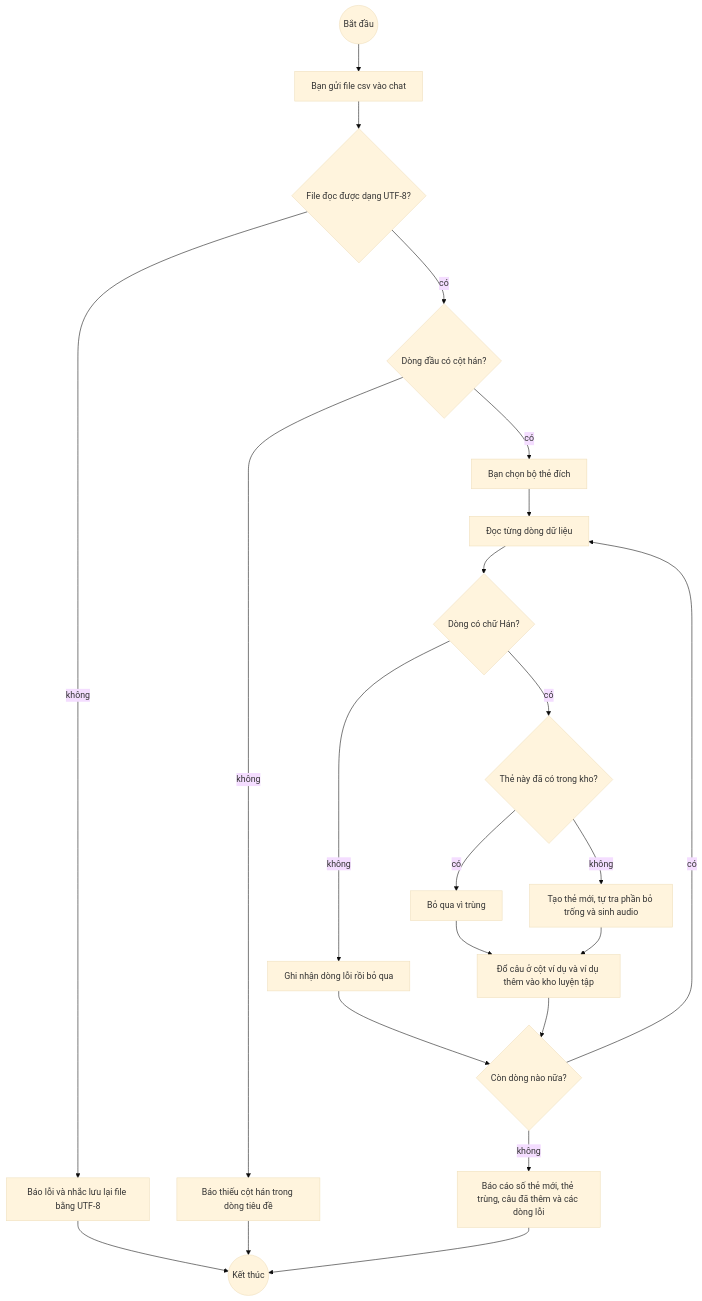
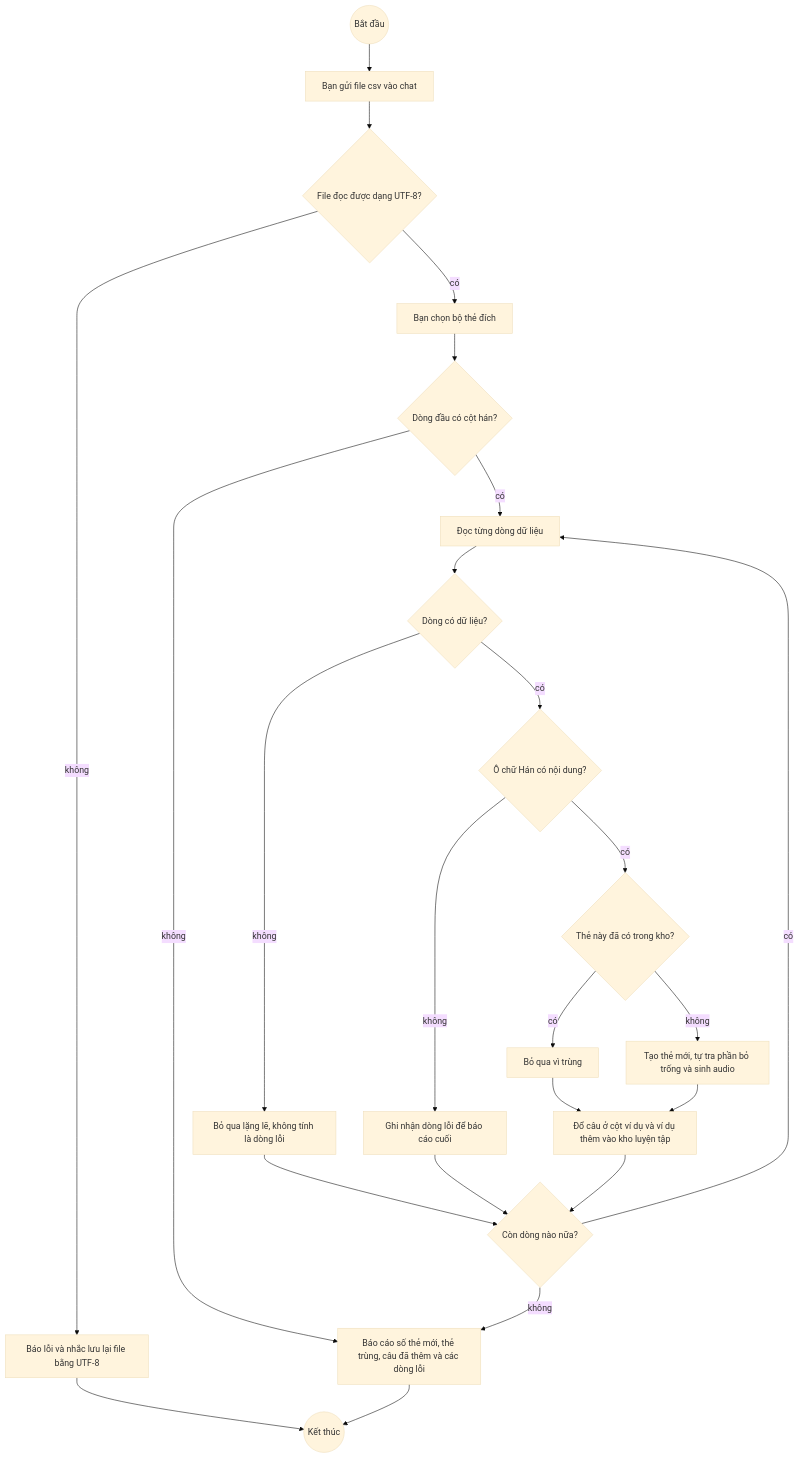
One commit to Maybenex1ime/Anki-bot-telegram changed the fifth of 5 diagrams in docs/reminder-bot/srs/reminder-bot-flows.md. Above: the diagram before and after it, drawn with Mermaid (base theme). The commit also changed other lines of this file, not shown here.

Commit message:
docs: fix flow diagrams against real code (CSV order, /luyen loops, missing branches)

````diff
--- a/docs/reminder-bot/srs/reminder-bot-flows.md
+++ b/docs/reminder-bot/srs/reminder-bot-flows.md
@@ -176,24 +201,26 @@
 ```mermaid
 flowchart TB
     Start((Bắt đầu)) --> Send[Bạn gửi file csv vào chat]
     Send --> Enc{File đọc được dạng UTF-8?}
     Enc -->|không| Err[Báo lỗi và nhắc lưu lại file bằng UTF-8]
     Err --> End((Kết thúc))
-    Enc -->|có| Head{Dòng đầu có cột hán?}
-    Head -->|không| Err2[Báo thiếu cột hán trong dòng tiêu đề]
-    Err2 --> End
-    Head -->|có| Deck[Bạn chọn bộ thẻ đích]
-    Deck --> Row[Đọc từng dòng dữ liệu]
-    Row --> Blank{Dòng có chữ Hán?}
-    Blank -->|không| Skip[Ghi nhận dòng lỗi rồi bỏ qua]
-    Skip --> Next{Còn dòng nào nữa?}
-    Blank -->|có| Exist{Thẻ này đã có trong kho?}
+    Enc -->|có| Deck[Bạn chọn bộ thẻ đích]
+    Deck --> Head{Dòng đầu có cột hán?}
+    Head -->|không| Report[Báo cáo số thẻ mới, thẻ trùng, câu đã thêm và các dòng lỗi]
+    Head -->|có| Row[Đọc từng dòng dữ liệu]
+    Row --> Blank{Dòng có dữ liệu?}
+    Blank -->|không| Empty[Bỏ qua lặng lẽ, không tính là dòng lỗi]
+    Empty --> Next{Còn dòng nào nữa?}
+    Blank -->|có| HasHan{Ô chữ Hán có nội dung?}
+    HasHan -->|không| BadRow[Ghi nhận dòng lỗi để báo cáo cuối]
+    BadRow --> Next
+    HasHan -->|có| Exist{Thẻ này đã có trong kho?}
     Exist -->|có| Dup[Bỏ qua vì trùng]
     Dup --> Ex[Đổ câu ở cột ví dụ và ví dụ thêm vào kho luyện tập]
     Exist -->|không| Create[Tạo thẻ mới, tự tra phần bỏ trống và sinh audio]
     Create --> Ex
     Ex --> Next
     Next -->|có| Row
-    Next -->|không| Report[Báo cáo số thẻ mới, thẻ trùng, câu đã thêm và các dòng lỗi]
+    Next -->|không| Report
     Report --> End
 ```
````
